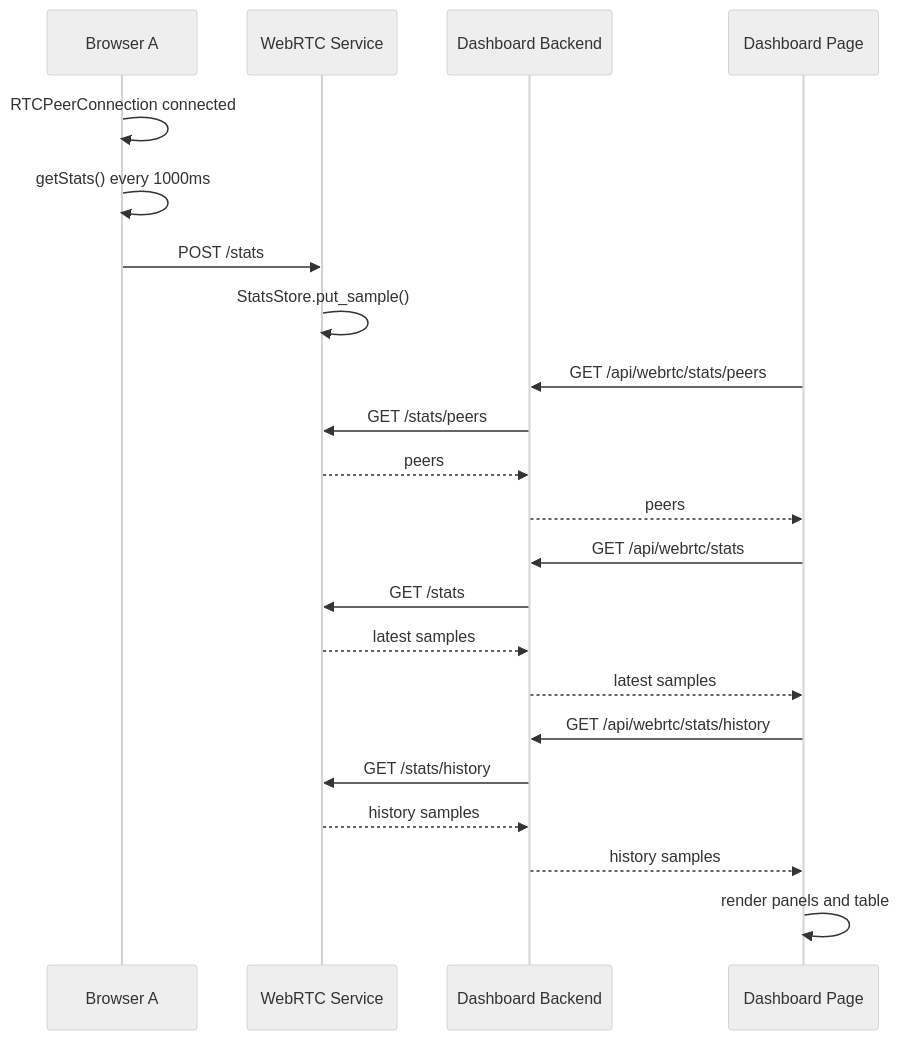
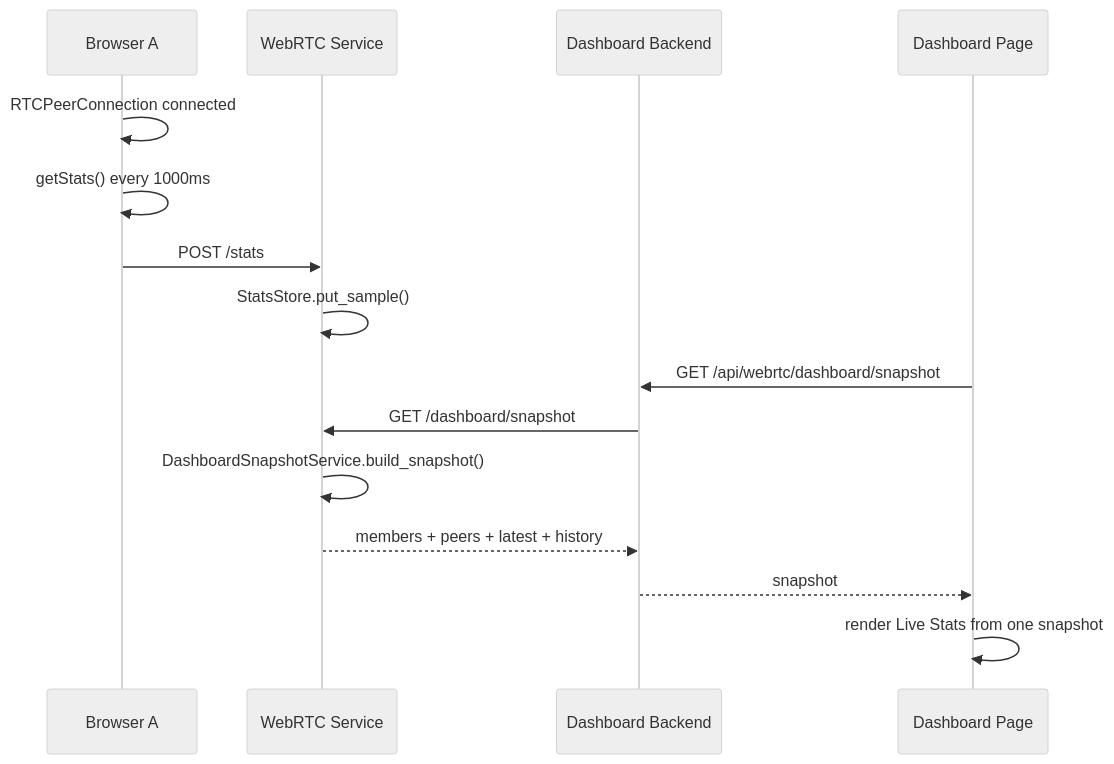
Before and after one commit to kaysono0/RTCTraining: the ninth of 9 diagrams in docs/RTCTraining_前后端设计说明.md, drawn with Mermaid (neutral theme). The commit also changed other lines of this file, not shown here.

Commit message:
docs: update frontend backend architecture guide

````diff
--- a/docs/RTCTraining_前后端设计说明.md
+++ b/docs/RTCTraining_前后端设计说明.md
@@ -960,28 +1127,19 @@
 ```mermaid
 sequenceDiagram
   participant A as Browser A
   participant W as WebRTC Service
   participant D as Dashboard Backend
   participant P as Dashboard Page
 
   A->>A: RTCPeerConnection connected
   A->>A: getStats() every 1000ms
   A->>W: POST /stats
   W->>W: StatsStore.put_sample()
 
-  P->>D: GET /api/webrtc/stats/peers
-  D->>W: GET /stats/peers
-  W-->>D: peers
-  D-->>P: peers
-
-  P->>D: GET /api/webrtc/stats
-  D->>W: GET /stats
-  W-->>D: latest samples
-  D-->>P: latest samples
-
-  P->>D: GET /api/webrtc/stats/history
-  D->>W: GET /stats/history
-  W-->>D: history samples
-  D-->>P: history samples
-  P->>P: render panels and table
+  P->>D: GET /api/webrtc/dashboard/snapshot
+  D->>W: GET /dashboard/snapshot
+  W->>W: DashboardSnapshotService.build_snapshot()
+  W-->>D: members + peers + latest + history
+  D-->>P: snapshot
+  P->>P: render Live Stats from one snapshot
 ```
````
